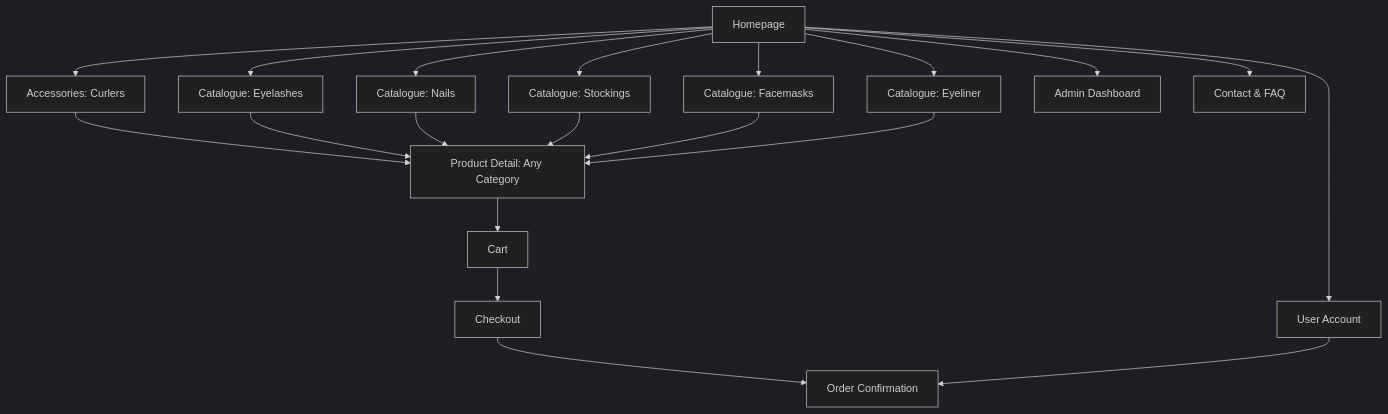
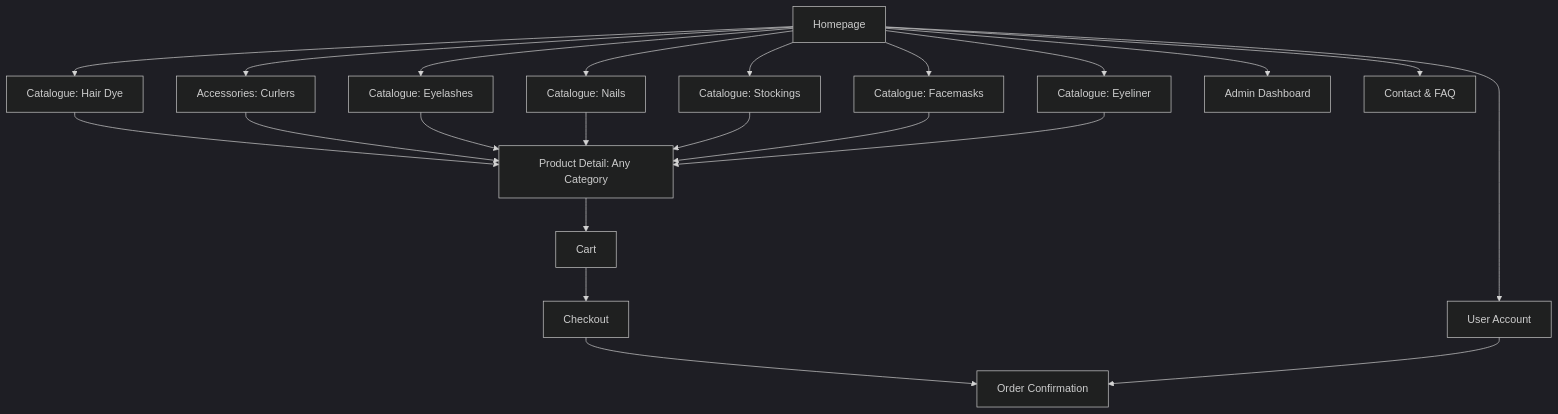
One commit to misterfitzy/false-eyelash-store changed the diagram in specs/product-spec.md. Above: the diagram before and after it, drawn with Mermaid (dark theme). The commit also changed other lines of this file, not shown here.

Commit message:
feat: Add product specification update to support "Hair Dye" as a main category with full catalog, filtering, admin, and UX details.

````diff
--- a/specs/product-spec.md
+++ b/specs/product-spec.md
@@ -66,37 +68,40 @@
 ```mermaid
 graph TD
   A[Homepage]
   B[Catalogue: Eyelashes]
   B2[Catalogue: Nails]
   B3[Catalogue: Stockings]
   B4[Catalogue: Facemasks]
   B5[Catalogue: Eyeliner]
   B6[Accessories: Curlers]
+  B7[Catalogue: Hair Dye]
   C[Product Detail: Any Category]
   D[Cart]
   E[Checkout]
   F[Order Confirmation]
   G[User Account]
   H[Admin Dashboard]
   I[Contact & FAQ]
 
   A --> B
   A --> B2
   A --> B3
   A --> B4
   A --> B5
   A --> B6
+  A --> B7
+  B7 --> C
   B6 --> C
   B --> C
   B2 --> C
   B3 --> C
   B4 --> C
   B5 --> C
   C --> D
   D --> E
   E --> F
   A --> G
   A --> I
   G --> F
   A --> H
 ```
````
